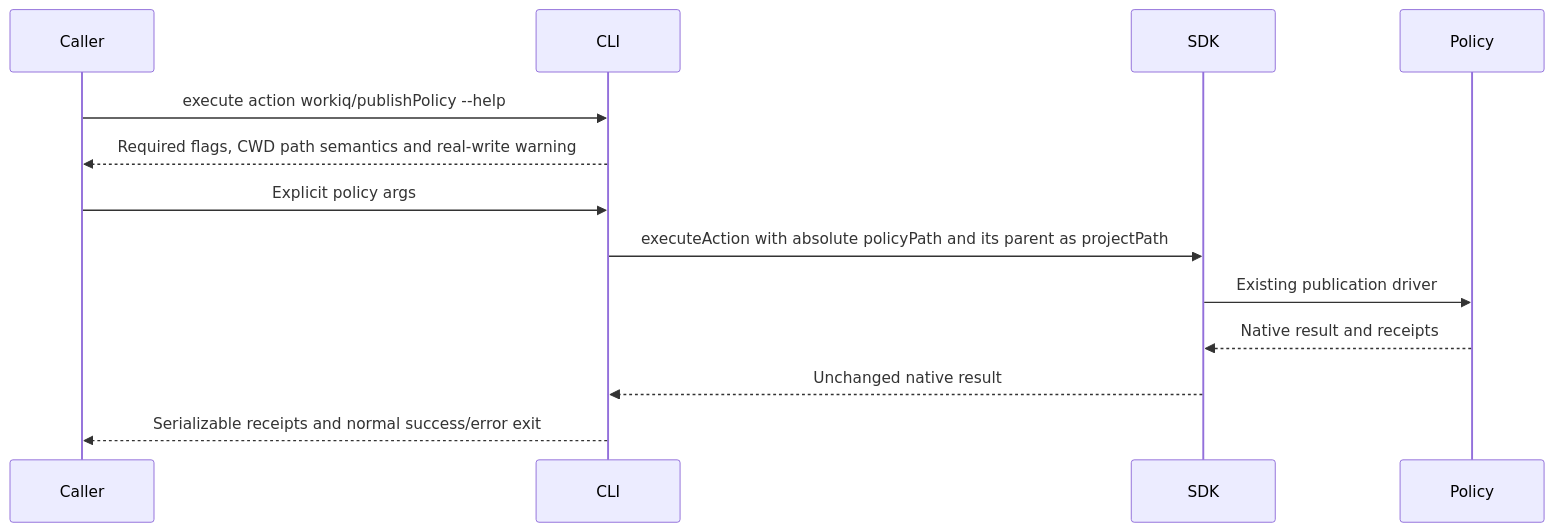
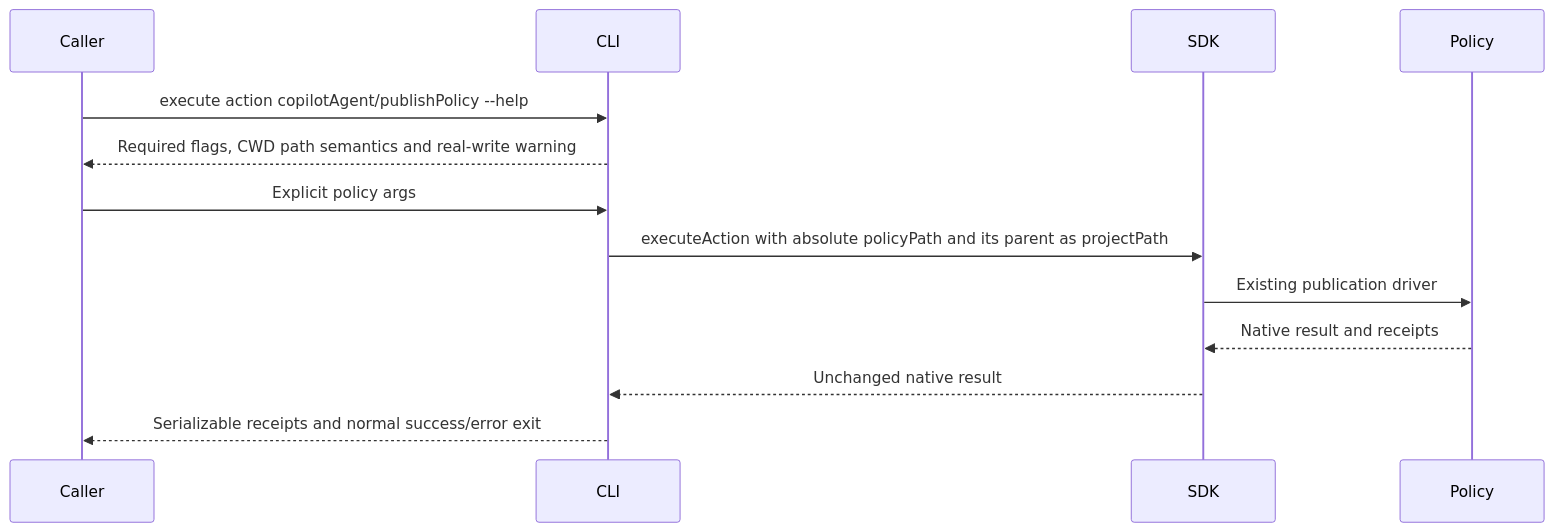
The diagram in docs/03-specs/scenarios/cli/execute-action.md (OfficeDev/microsoft-365-agents-toolkit), drawn with Mermaid before and after one commit. The commit also changed 17 other files, not shown here.

Commit message:
fix(fx-core): align agent policy action name and descriptions

````diff
--- a/docs/03-specs/scenarios/cli/execute-action.md
+++ b/docs/03-specs/scenarios/cli/execute-action.md
@@ -18,15 +18,15 @@
 ```mermaid
 sequenceDiagram
   participant Caller
   participant CLI
   participant SDK
   participant Policy
-  Caller->>CLI: execute action workiq/publishPolicy --help
+  Caller->>CLI: execute action copilotAgent/publishPolicy --help
   CLI-->>Caller: Required flags, CWD path semantics and real-write warning
   Caller->>CLI: Explicit policy args
   CLI->>SDK: executeAction with absolute policyPath and its parent as projectPath
   SDK->>Policy: Existing publication driver
   Policy-->>SDK: Native result and receipts
   SDK-->>CLI: Unchanged native result
   CLI-->>Caller: Serializable receipts and normal success/error exit
 ```
````
